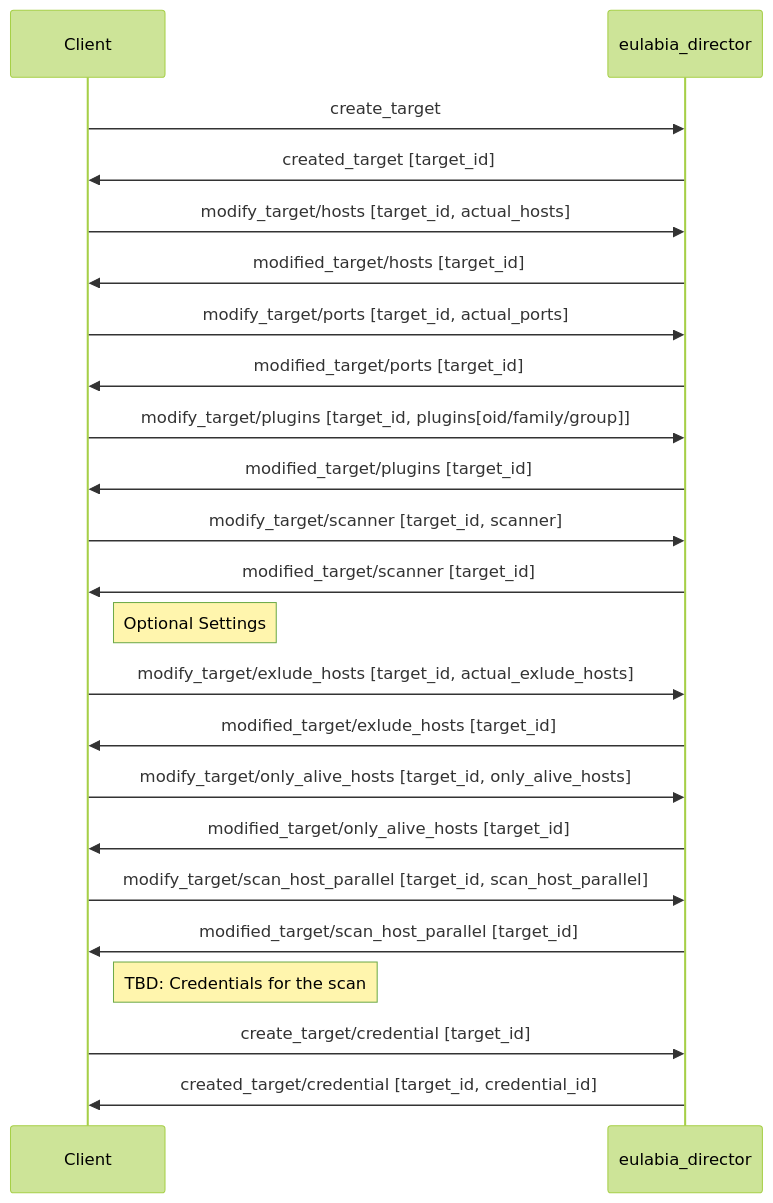
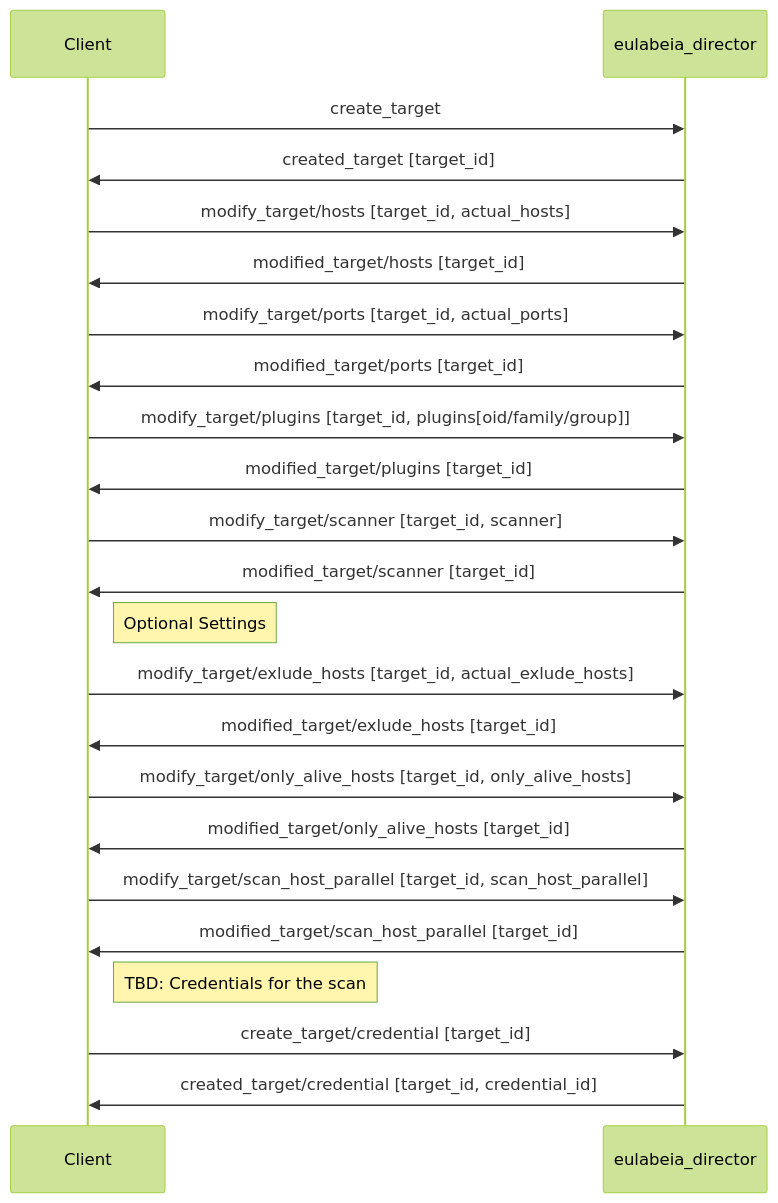
One commit to greenbone/eulabeia changed the diagram in docs/architecture/create_target_sequence.mmd. Above: the diagram before and after it, drawn with Mermaid (forest theme). The commit also changed 5 other files, not shown here.

Commit message:
eulabia->eulabeia

```diff
--- a/docs/architecture/create_target_sequence.mmd
+++ b/docs/architecture/create_target_sequence.mmd
@@ -1,23 +1,23 @@
 sequenceDiagram
     participant Client
-    participant eulabia_director
-    Client->>eulabia_director: create_target
-    eulabia_director->>Client: created_target [target_id]
-    Client->>eulabia_director: modify_target/hosts [target_id, actual_hosts]
-    eulabia_director->>Client: modified_target/hosts [target_id]
-    Client->>eulabia_director: modify_target/ports [target_id, actual_ports]
-    eulabia_director->>Client: modified_target/ports [target_id]
-    Client->>eulabia_director: modify_target/plugins [target_id, plugins[oid/family/group]]
-    eulabia_director->>Client: modified_target/plugins [target_id]
-    Client->>eulabia_director: modify_target/scanner [target_id, scanner]
-    eulabia_director->>Client: modified_target/scanner [target_id]
+    participant eulabeia_director
+    Client->>eulabeia_director: create_target
+    eulabeia_director->>Client: created_target [target_id]
+    Client->>eulabeia_director: modify_target/hosts [target_id, actual_hosts]
+    eulabeia_director->>Client: modified_target/hosts [target_id]
+    Client->>eulabeia_director: modify_target/ports [target_id, actual_ports]
+    eulabeia_director->>Client: modified_target/ports [target_id]
+    Client->>eulabeia_director: modify_target/plugins [target_id, plugins[oid/family/group]]
+    eulabeia_director->>Client: modified_target/plugins [target_id]
+    Client->>eulabeia_director: modify_target/scanner [target_id, scanner]
+    eulabeia_director->>Client: modified_target/scanner [target_id]
     Note right of Client: Optional Settings
-    Client->>eulabia_director: modify_target/exlude_hosts [target_id, actual_exlude_hosts]
-    eulabia_director->>Client: modified_target/exlude_hosts [target_id]
-    Client->>eulabia_director: modify_target/only_alive_hosts [target_id, only_alive_hosts]
-    eulabia_director->>Client: modified_target/only_alive_hosts [target_id]
-    Client->>eulabia_director: modify_target/scan_host_parallel [target_id, scan_host_parallel]
-    eulabia_director->>Client: modified_target/scan_host_parallel [target_id]
+    Client->>eulabeia_director: modify_target/exlude_hosts [target_id, actual_exlude_hosts]
+    eulabeia_director->>Client: modified_target/exlude_hosts [target_id]
+    Client->>eulabeia_director: modify_target/only_alive_hosts [target_id, only_alive_hosts]
+    eulabeia_director->>Client: modified_target/only_alive_hosts [target_id]
+    Client->>eulabeia_director: modify_target/scan_host_parallel [target_id, scan_host_parallel]
+    eulabeia_director->>Client: modified_target/scan_host_parallel [target_id]
     Note right of Client: TBD: Credentials for the scan 
-    Client->>eulabia_director: create_target/credential [target_id]
-    eulabia_director->>Client: created_target/credential [target_id, credential_id]
+    Client->>eulabeia_director: create_target/credential [target_id]
+    eulabeia_director->>Client: created_target/credential [target_id, credential_id]
```
